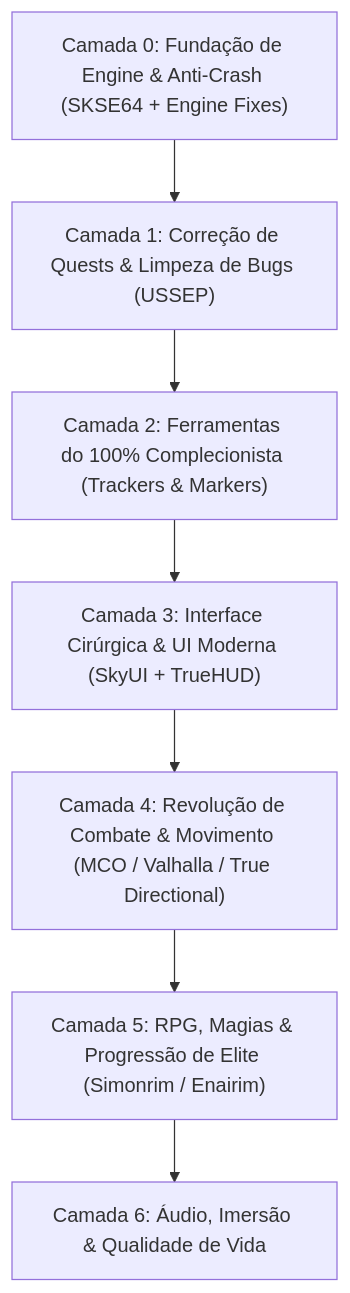
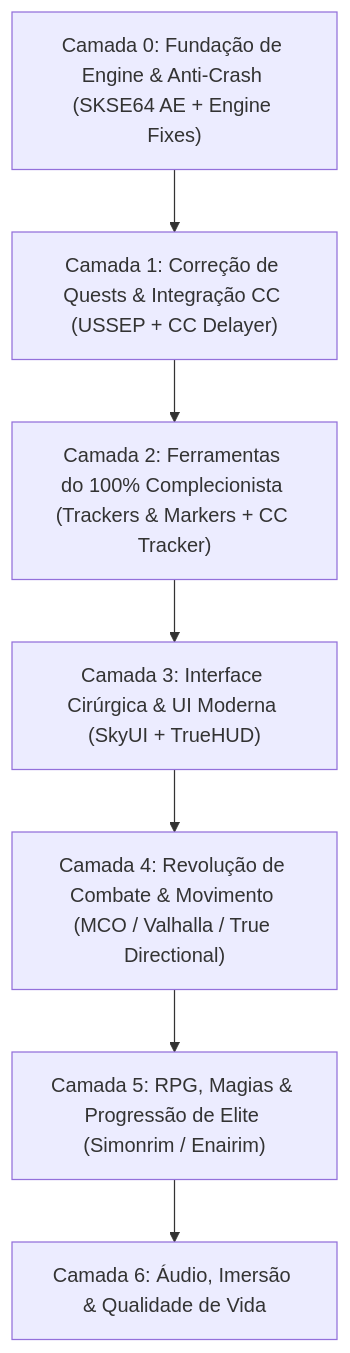
Before and after one commit to wheslancardoso/dotfiles: the first of 3 diagrams in games/skyrim-se/SKYRIM_SE_100_MODLIST.md, drawn with Mermaid. The commit also changed other lines of this file and 1 other file, not shown here.

````diff
--- a/games/skyrim-se/SKYRIM_SE_100_MODLIST.md
+++ b/games/skyrim-se/SKYRIM_SE_100_MODLIST.md
@@ -11,9 +12,9 @@
 ```mermaid
 flowchart TD
-    C0["Camada 0: Fundação de Engine & Anti-Crash (SKSE64 + Engine Fixes)"] --> C1["Camada 1: Correção de Quests & Limpeza de Bugs (USSEP)"]
-    C1 --> C2["Camada 2: Ferramentas do 100% Complecionista (Trackers & Markers)"]
+    C0["Camada 0: Fundação de Engine & Anti-Crash (SKSE64 AE + Engine Fixes)"] --> C1["Camada 1: Correção de Quests & Integração CC (USSEP + CC Delayer)"]
+    C1 --> C2["Camada 2: Ferramentas do 100% Complecionista (Trackers & Markers + CC Tracker)"]
     C2 --> C3["Camada 3: Interface Cirúrgica & UI Moderna (SkyUI + TrueHUD)"]
     C3 --> C4["Camada 4: Revolução de Combate & Movimento (MCO / Valhalla / True Directional)"]
     C4 --> C5["Camada 5: RPG, Magias & Progressão de Elite (Simonrim / Enairim)"]
     C5 --> C6["Camada 6: Áudio, Imersão & Qualidade de Vida"]
 ```
````
